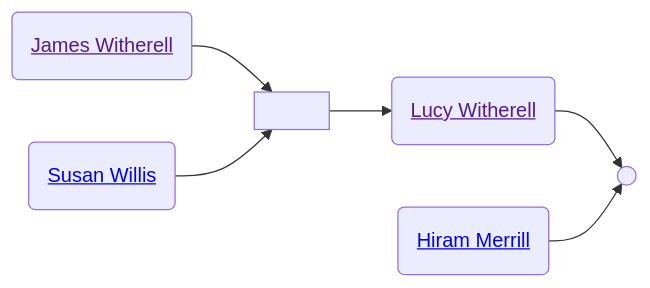
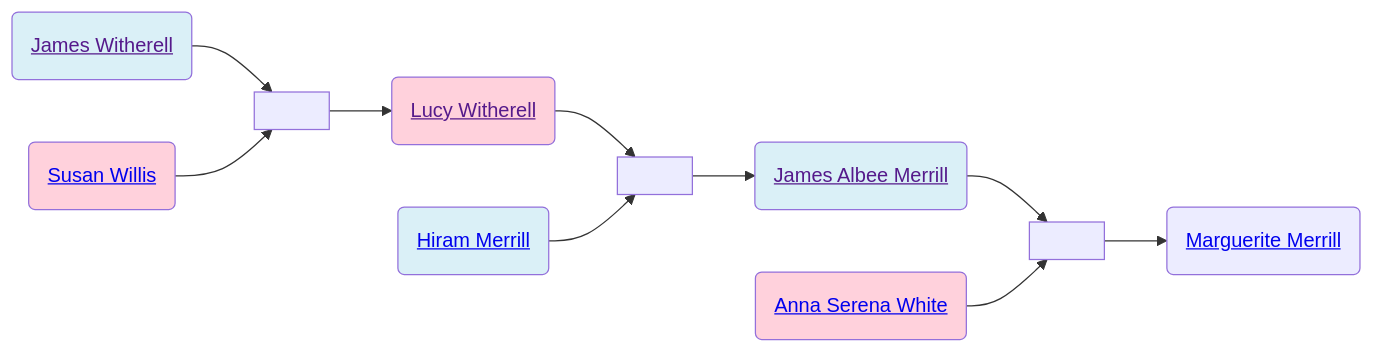
The diagram in familyhistory/sources/people/Merrill-line/James_Witherell.qmd (neelsmith/avocational), drawn with Mermaid before and after one commit. The commit also changed 91 other files, not shown here.

Commit message:
Rebuild descendant diagrams

````diff
--- a/familyhistory/sources/people/Merrill-line/James_Witherell.qmd
+++ b/familyhistory/sources/people/Merrill-line/James_Witherell.qmd
@@ -26,14 +26,26 @@
 ```{mermaid}
 graph LR
+%% LR descendant diagram
 class James_Witherell_and_Susan_Willis marriage
 James_Witherell(<a href=''>James Witherell</>) --> James_Witherell_and_Susan_Willis[ ]
 Susan_Willis(<a href='./Willis-line/Susan_Willis.html'>Susan Willis</>) --> James_Witherell_and_Susan_Willis(( ))
+class James_Witherell father
+class Susan_Willis mother
 James_Witherell_and_Susan_Willis[ ] --> Lucy_Witherell(<a href='./Lucy_Witherell.html'>Lucy Witherell</>)
 class Lucy_Witherell_and_Hiram_Merrill marriage
 Lucy_Witherell(<a href=''>Lucy Witherell</>) --> Lucy_Witherell_and_Hiram_Merrill[ ]
 Hiram_Merrill(<a href='./Hiram_Merrill.html'>Hiram Merrill</>) --> Lucy_Witherell_and_Hiram_Merrill(( ))
+class Hiram_Merrill father
+class Lucy_Witherell mother
+Lucy_Witherell_and_Hiram_Merrill[ ] --> James_Albee_Merrill(<a href='./James_Albee_Merrill.html'>James Albee Merrill</>)
+class James_Albee_Merrill_and_Anna_Serena_White marriage
+James_Albee_Merrill(<a href=''>James Albee Merrill</>) --> James_Albee_Merrill_and_Anna_Serena_White[ ]
+Anna_Serena_White(<a href='./White-line/Anna_Serena_White.html'>Anna Serena White</>) --> James_Albee_Merrill_and_Anna_Serena_White(( ))
+class James_Albee_Merrill father
+class Anna_Serena_White mother
+James_Albee_Merrill_and_Anna_Serena_White[ ] --> Marguerite_Merrill(<a href='./Marguerite_Merrill.html'>Marguerite Merrill</>)
 classDef mother fill:#ffd1dc
 classDef father fill:#daf0f7  
 classDef marriage fill:#ffffff
 
 ```
````
